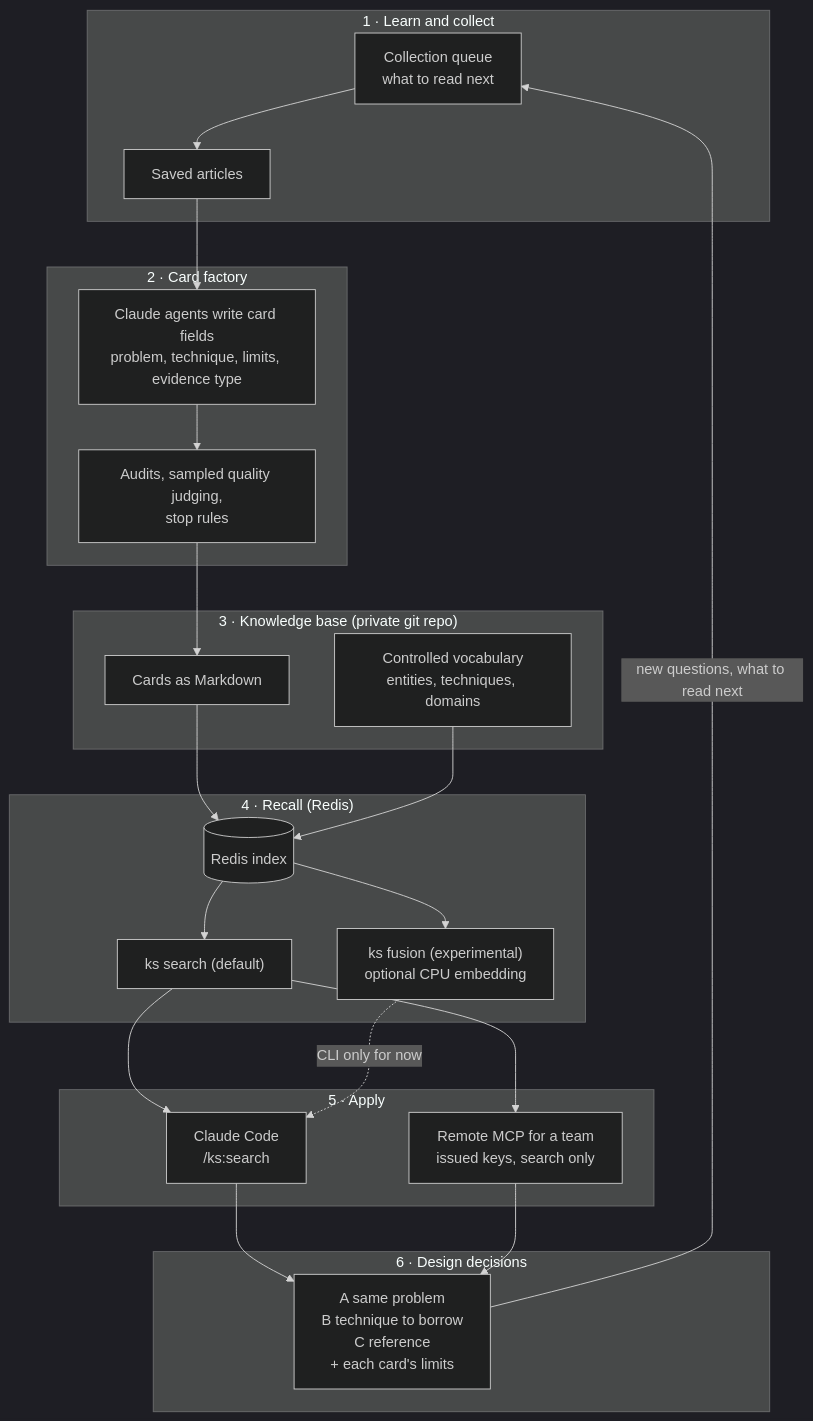
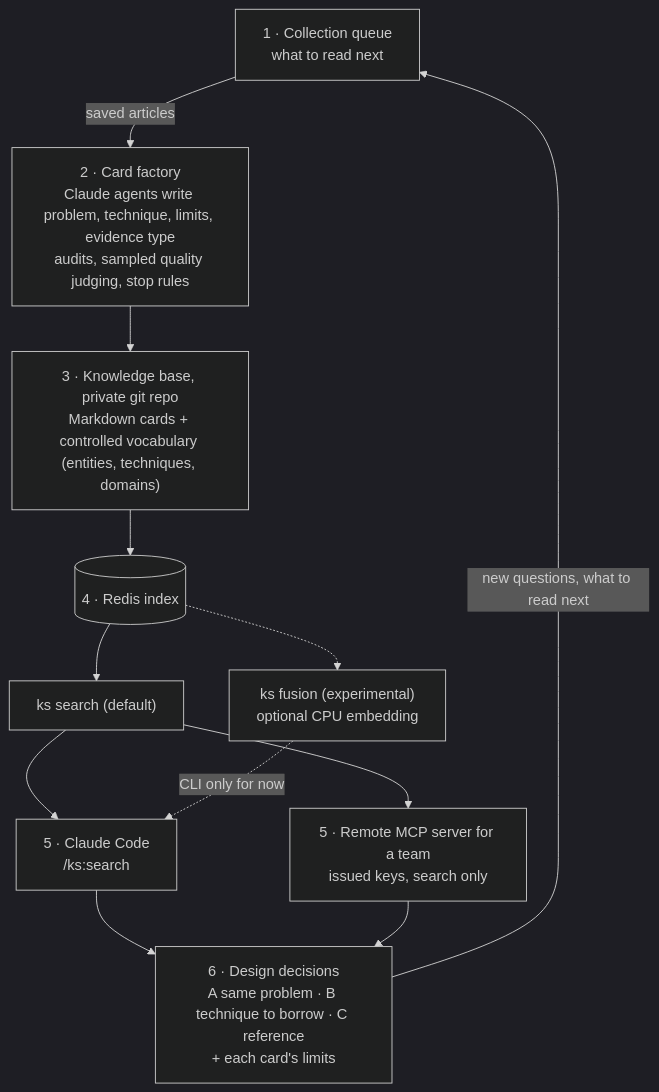
Before and after one commit to ai-dev-methodologies/knowledge-scout: the second of 2 diagrams in README.md, drawn with Mermaid (dark theme). The commit also changed other lines of this file and 1 other file, not shown here.

First line of the commit message:
docs: README rewritten end to end and checked against the code (docs test passes again)

````diff
--- a/README.md
+++ b/README.md
@@ -63,31 +57,12 @@
 ```mermaid
 flowchart TB
-    subgraph S1["1 · Learn and collect"]
-        Q["Collection queue<br/>what to read next"] --> SA["Saved articles"]
-    end
-    subgraph S2["2 · Card factory"]
-        CW["Claude agents write card fields<br/>problem, technique, limits, evidence type"] --> QC["Audits, sampled quality judging,<br/>stop rules"]
-    end
-    subgraph S3["3 · Knowledge base (private git repo)"]
-        CM["Cards as Markdown"]
-        VO["Controlled vocabulary<br/>entities, techniques, domains"]
-    end
-    subgraph S4["4 · Recall (Redis)"]
-        IX[("Redis index")] --> KS["ks search (default)"]
-        IX --> KF["ks fusion (experimental)<br/>optional CPU embedding"]
-    end
-    subgraph S5["5 · Apply"]
-        CC["Claude Code<br/>/ks:search"]
-        MC["Remote MCP for a team<br/>issued keys, search only"]
-    end
-    subgraph S6["6 · Design decisions"]
-        DD["A same problem<br/>B technique to borrow<br/>C reference<br/>+ each card's limits"]
-    end
-    SA --> CW
-    QC --> CM
-    CM & VO --> IX
-    KS --> CC & MC
+    Q["1 · Collection queue<br/>what to read next"] -->|"saved articles"| CF["2 · Card factory<br/>Claude agents write problem, technique, limits, evidence type<br/>audits, sampled quality judging, stop rules"]
+    CF --> KB["3 · Knowledge base, private git repo<br/>Markdown cards + controlled vocabulary (entities, techniques, domains)"]
+    KB --> IX[("4 · Redis index")]
+    IX --> KS["ks search (default)"]
+    IX -.-> KF["ks fusion (experimental)<br/>optional CPU embedding"]
+    KS --> CC["5 · Claude Code<br/>/ks:search"] & MC["5 · Remote MCP server for a team<br/>issued keys, search only"]
     KF -.->|"CLI only for now"| CC
-    CC & MC --> DD
+    CC & MC --> DD["6 · Design decisions<br/>A same problem · B technique to borrow · C reference<br/>+ each card's limits"]
     DD -->|"new questions, what to read next"| Q
 ```
````
